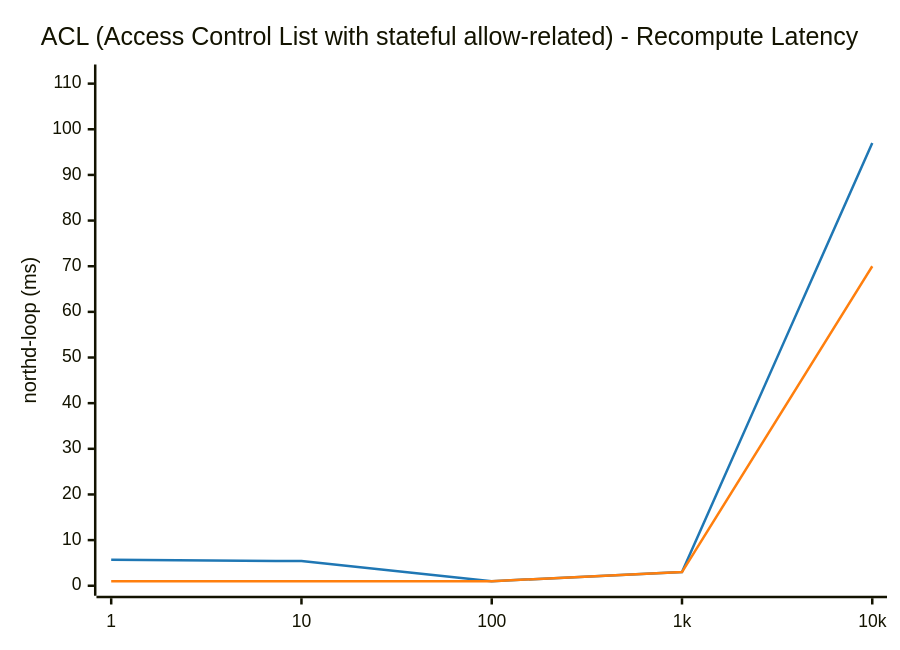
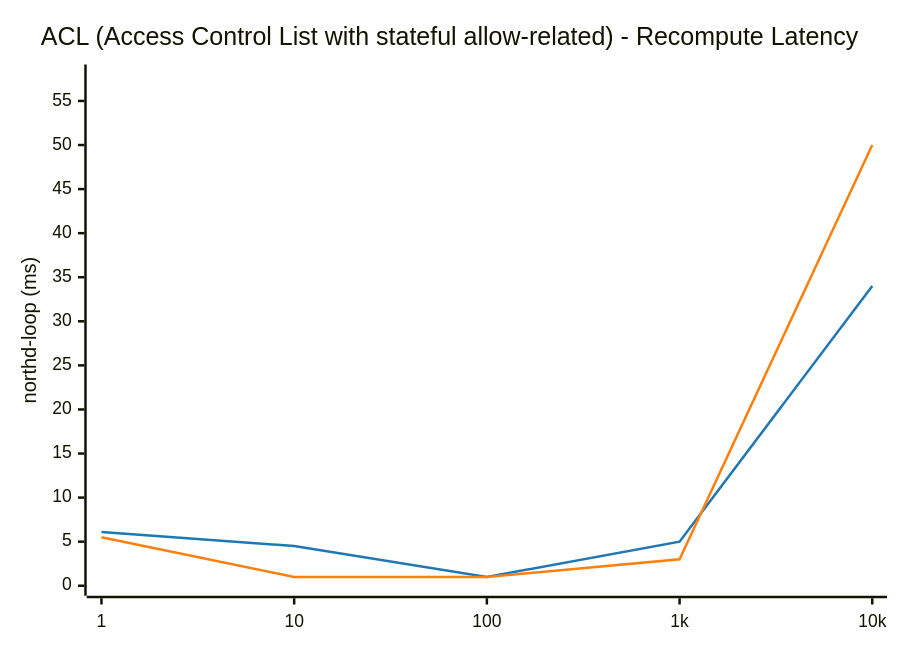
Before and after one commit to LionelJouin/ovs-ovn-bench: the third of 14 diagrams in results/BENCHMARK_REPORT.md, drawn with Mermaid. The commit also changed other lines of this file and 4 other files, not shown here.

````diff
--- a/results/BENCHMARK_REPORT.md
+++ b/results/BENCHMARK_REPORT.md
@@ -177,14 +183,14 @@
 ```mermaid
 ---
 config:
     themeVariables:
         xyChart:
             plotColorPalette: "#1f77b4, #ff7f0e"
 ---
 xychart-beta
     title "ACL (Access Control List with stateful allow-related) - Recompute Latency"
     x-axis ["1", "10", "100", "1k", "10k"]
-    y-axis "northd-loop (ms)" 0 --> 112
-    line "glibc malloc" [5.7, 5.4, 1.0, 3.0, 97.0]
-    line "jemalloc" [1.0, 1.0, 1.0, 3.0, 70.0]
+    y-axis "northd-loop (ms)" 0 --> 58
+    line "glibc malloc" [6.1, 4.5, 1.0, 5.0, 34.0]
+    line "jemalloc" [5.5, 1.0, 1.0, 3.0, 50.0]
 ```
````
